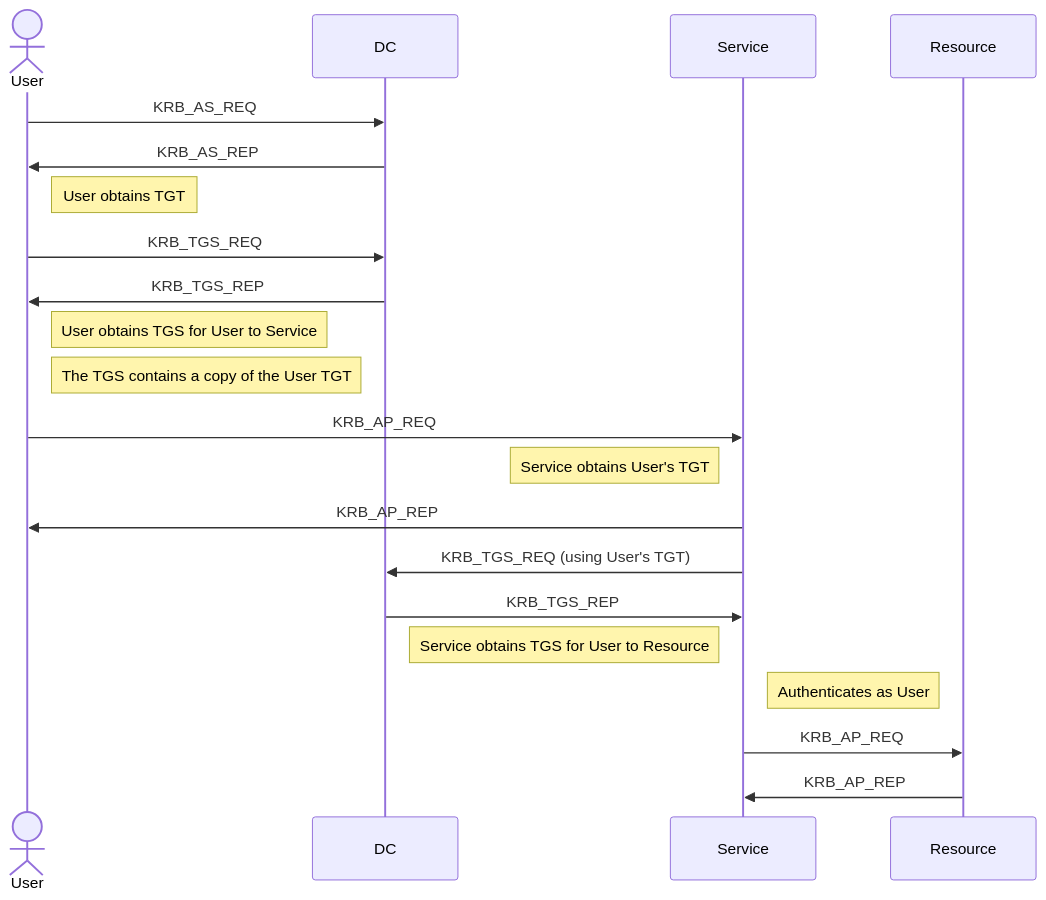
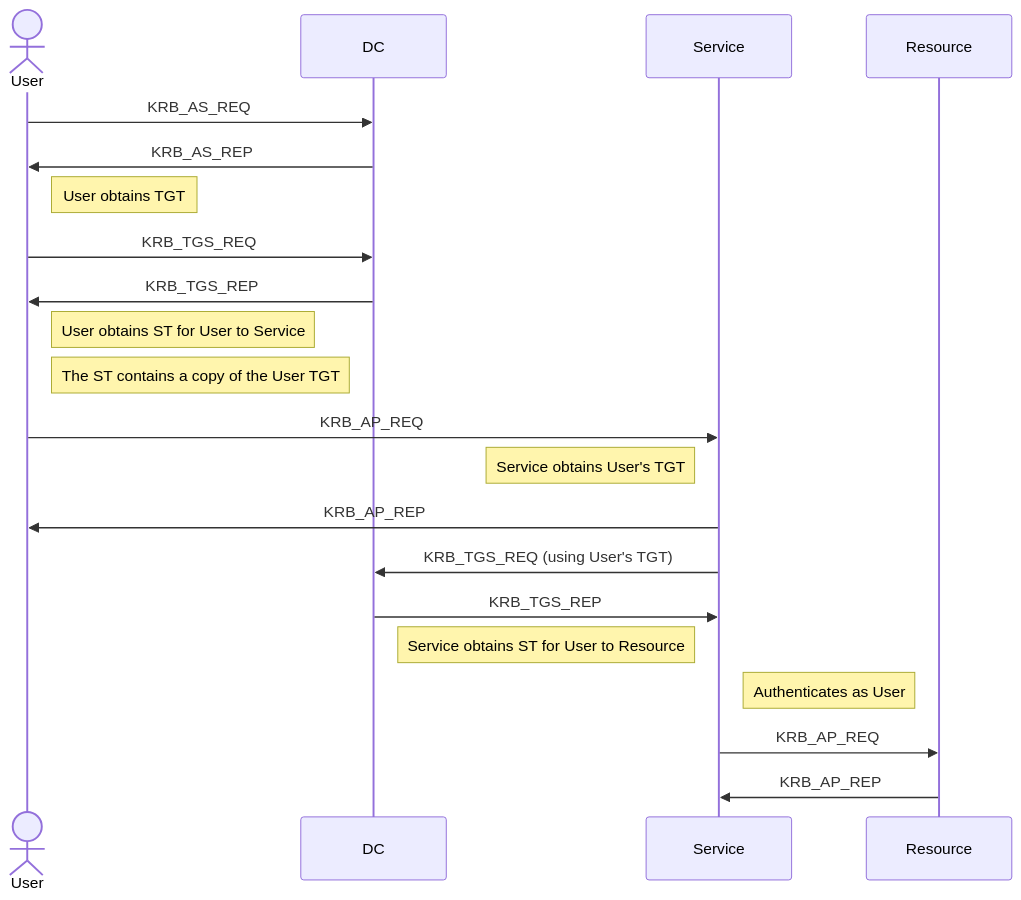
One commit to d0ublew/blog changed the diagram in notes/active-directory/delegations/unconstrained-delegation.mmd. Above: the diagram before and after it, drawn with Mermaid. The commit also changed 5 other files, not shown here.

Commit message:
chore: replace TGS to ST (Service Ticket)

```diff
--- a/notes/active-directory/delegations/unconstrained-delegation.mmd
+++ b/notes/active-directory/delegations/unconstrained-delegation.mmd
@@ -1,24 +1,24 @@
 %% Unconstrained Delegation
 sequenceDiagram
 
 actor User
 
 User->>DC: KRB_AS_REQ
 DC->>User: KRB_AS_REP
 Note right of User: User obtains TGT
 User->>DC: KRB_TGS_REQ
 DC->>User: KRB_TGS_REP
-Note right of User: User obtains TGS for User to Service
-Note right of User: The TGS contains a copy of the User TGT
+Note right of User: User obtains ST for User to Service
+Note right of User: The ST contains a copy of the User TGT
 
 User->>Service: KRB_AP_REQ
 Note left of Service: Service obtains User's TGT
 Service->>User: KRB_AP_REP
 
 Service->>DC: KRB_TGS_REQ (using User's TGT)
 DC->>Service: KRB_TGS_REP
-Note left of Service: Service obtains TGS for User to Resource
+Note left of Service: Service obtains ST for User to Resource
 
 Note right of Service: Authenticates as User
 Service->>Resource: KRB_AP_REQ
 Resource->>Service: KRB_AP_REP
```
